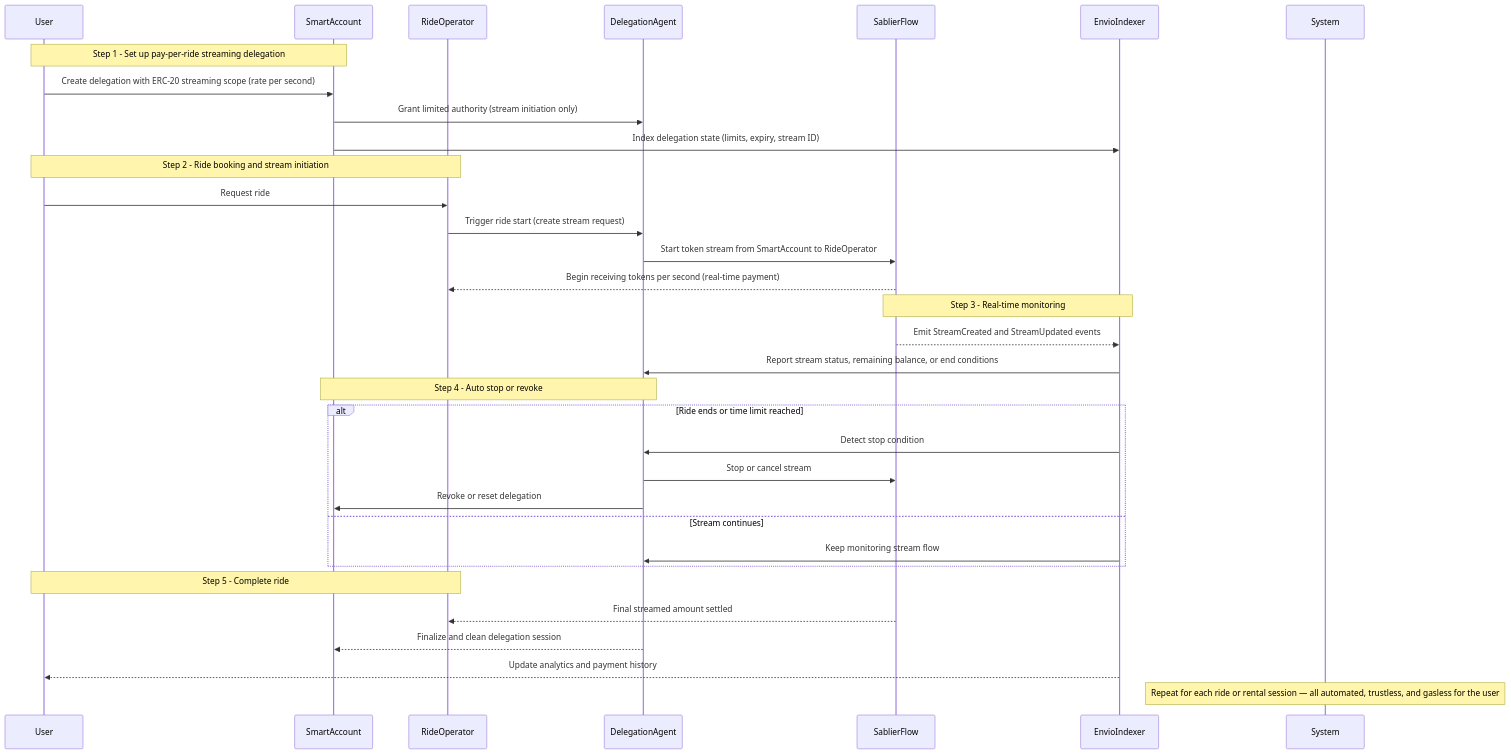
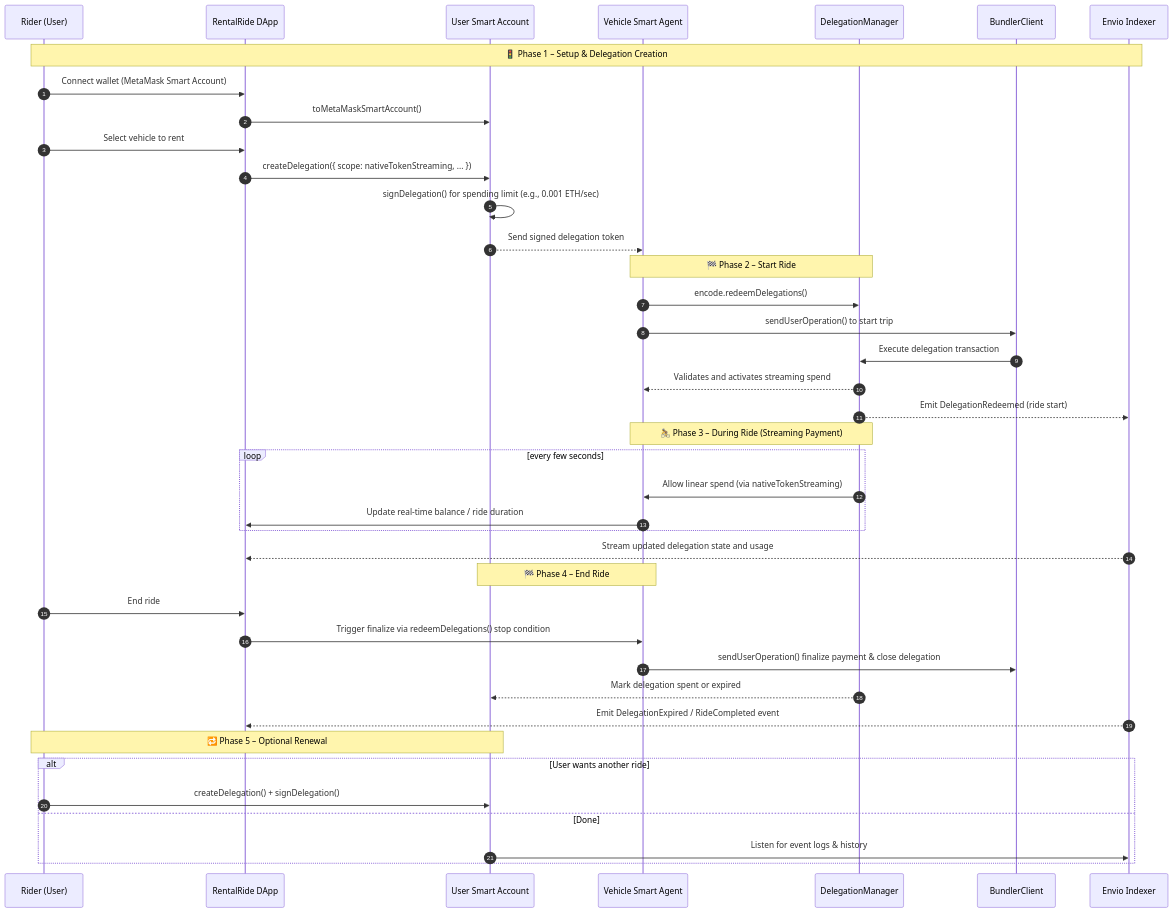
The diagram in README.md (Smitbafna/RentalRideFlow), drawn with Mermaid before and after one commit.

````diff
--- a/README.md
+++ b/README.md
@@ -1,40 +1,54 @@
 ```mermaid
 sequenceDiagram
-    participant User
-    participant SmartAccount
-    participant RideOperator
-    participant DelegationAgent
-    participant SablierFlow
-    participant EnvioIndexer
+    autonumber
 
-    Note over User,SmartAccount: Step 1 - Set up pay-per-ride streaming delegation
-    User->>SmartAccount: Create delegation with ERC-20 streaming scope (rate per second)
-    SmartAccount->>DelegationAgent: Grant limited authority (stream initiation only)
-    SmartAccount->>EnvioIndexer: Index delegation state (limits, expiry, stream ID)
+    participant User as Rider (User)
+    participant RentalApp as RentalRide DApp
+    participant Delegator as User Smart Account
+    participant Delegate as Vehicle Smart Agent
+    participant DelegationMgr as DelegationManager
+    participant Bundler as BundlerClient
+    participant Envio as Envio Indexer
 
-    Note over User,RideOperator: Step 2 - Ride booking and stream initiation
-    User->>RideOperator: Request ride
-    RideOperator->>DelegationAgent: Trigger ride start (create stream request)
-    DelegationAgent->>SablierFlow: Start token stream from SmartAccount to RideOperator
-    SablierFlow-->>RideOperator: Begin receiving tokens per second (real-time payment)
+    %% ---------------------------
+    Note over User,Envio: 🚦 Phase 1 – Setup & Delegation Creation
+    User->>RentalApp: Connect wallet (MetaMask Smart Account)
+    RentalApp->>Delegator: toMetaMaskSmartAccount()
+    User->>RentalApp: Select vehicle to rent
+    RentalApp->>Delegator: createDelegation({ scope: nativeTokenStreaming, ... })
+    Delegator->>Delegator: signDelegation() for spending limit (e.g., 0.001 ETH/sec)
+    Delegator-->>Delegate: Send signed delegation token
 
-    Note over SablierFlow,EnvioIndexer: Step 3 - Real-time monitoring
-    SablierFlow-->>EnvioIndexer: Emit StreamCreated and StreamUpdated events
-    EnvioIndexer->>DelegationAgent: Report stream status, remaining balance, or end conditions
+    %% ---------------------------
+    Note over Delegate,DelegationMgr: 🏁 Phase 2 – Start Ride
+    Delegate->>DelegationMgr: encode.redeemDelegations()
+    Delegate->>Bundler: sendUserOperation() to start trip
+    Bundler->>DelegationMgr: Execute delegation transaction
+    DelegationMgr-->>Delegate: Validates and activates streaming spend
+    DelegationMgr-->>Envio: Emit DelegationRedeemed (ride start)
 
-    Note over DelegationAgent,SmartAccount: Step 4 - Auto stop or revoke
-    alt Ride ends or time limit reached
-        EnvioIndexer->>DelegationAgent: Detect stop condition
-        DelegationAgent->>SablierFlow: Stop or cancel stream
-        DelegationAgent->>SmartAccount: Revoke or reset delegation
-    else Stream continues
-        EnvioIndexer->>DelegationAgent: Keep monitoring stream flow
+    %% ---------------------------
+    Note over Delegate,DelegationMgr: 🚴 Phase 3 – During Ride (Streaming Payment)
+    loop every few seconds
+        DelegationMgr->>Delegate: Allow linear spend (via nativeTokenStreaming)
+        Delegate->>RentalApp: Update real-time balance / ride duration
+    end
+    Envio-->>RentalApp: Stream updated delegation state and usage
+
+    %% ---------------------------
+    Note over Delegate,Delegator: 🏁 Phase 4 – End Ride
+    User->>RentalApp: End ride
+    RentalApp->>Delegate: Trigger finalize via redeemDelegations() stop condition
+    Delegate->>Bundler: sendUserOperation() finalize payment & close delegation
+    DelegationMgr-->>Delegator: Mark delegation spent or expired
+    Envio-->>RentalApp: Emit DelegationExpired / RideCompleted event
+
+    %% ---------------------------
+    Note over Delegator,User: 🔁 Phase 5 – Optional Renewal
+    alt User wants another ride
+        User->>Delegator: createDelegation() + signDelegation()
+    else Done
+        Delegator->>Envio: Listen for event logs & history
     end
 
-    Note over User,RideOperator: Step 5 - Complete ride
-    SablierFlow-->>RideOperator: Final streamed amount settled
-    DelegationAgent-->>SmartAccount: Finalize and clean delegation session
-    EnvioIndexer-->>User: Update analytics and payment history
-
-    Note over System: Repeat for each ride or rental session — all automated, trustless, and gasless for the user
 ```
````
